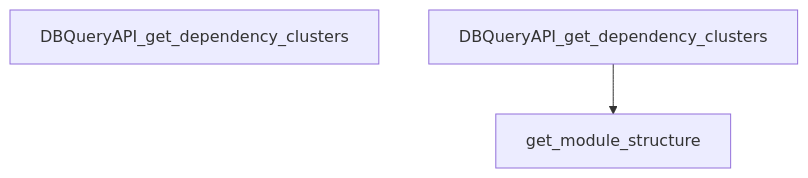
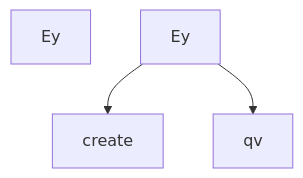
Before and after one commit to hazalkoom/DECODEx01: diagram 15 of 26 in docs/DATA_FLOW.md, drawn with Mermaid. The commit also changed other lines of this file and 15 other files, not shown here.

Commit message:
feat: NLG phases 2-4 - API scanner, few-shot schema, and story generator

````diff
--- a/docs/DATA_FLOW.md
+++ b/docs/DATA_FLOW.md
@@ -501,9 +553,13 @@
 ```mermaid
 graph TD
-    Start[DBQueryAPI_get_dependency_clusters]
+    Start[Ey]
 
 
-    DBQueryAPI_get_dependency_clusters --> get_module_structure
+    Ey --> create
+
+
+
+    Ey --> qv
 
 
 ```
````
